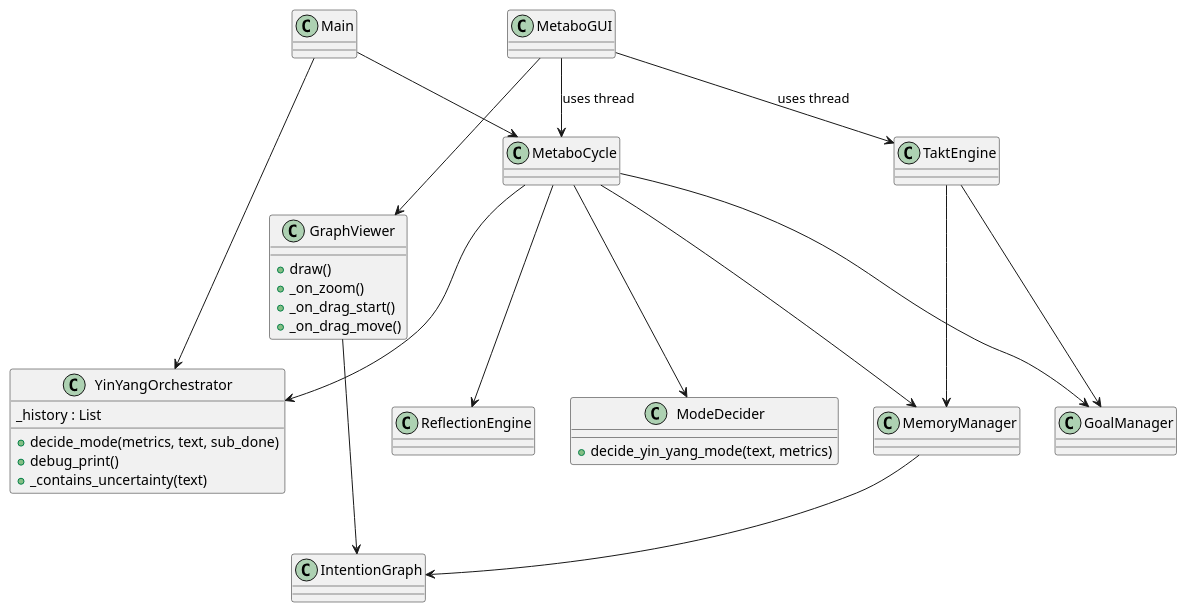
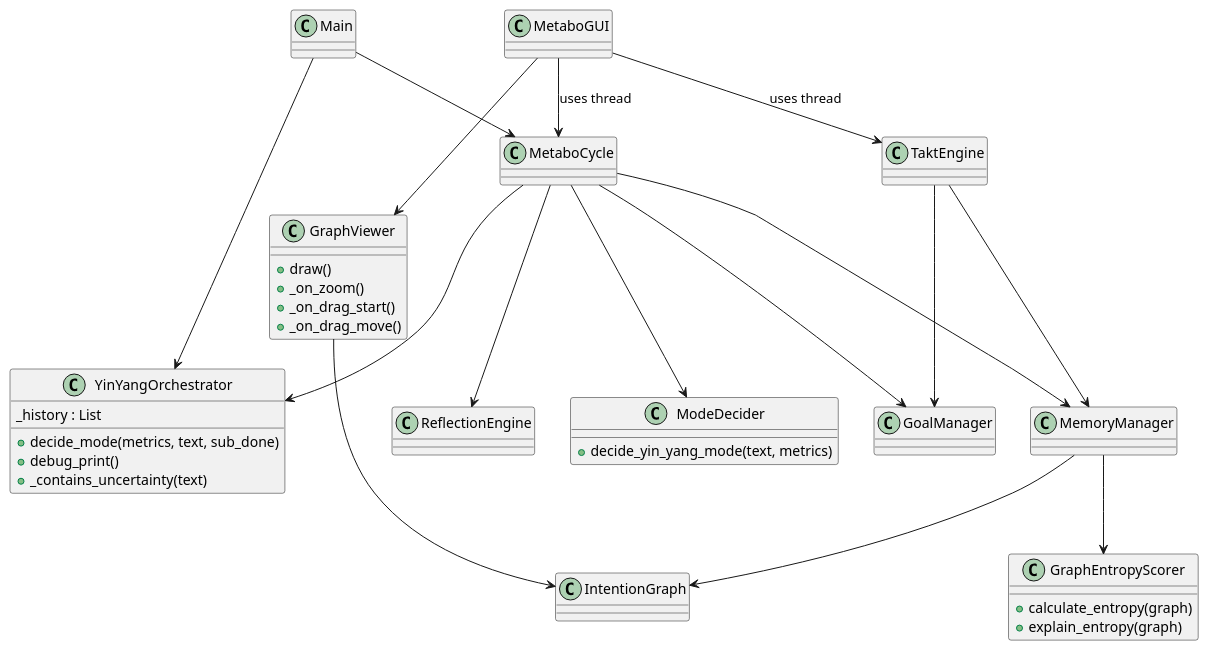
The diagram in doc/diagrams/class_diagram.puml (marcusreimold/MetaboMind), drawn with PlantUML before and after one commit. The commit also changed 5 other files, not shown here.

Commit message:
Add graph entropy scorer module

```diff
--- a/doc/diagrams/class_diagram.puml
+++ b/doc/diagrams/class_diagram.puml
@@ -1,37 +1,41 @@
 @startuml
 '/' Updated after adding requirements.txt
 class Main
 class MetaboCycle
 class GoalManager
 class MemoryManager
 class IntentionGraph
 class ReflectionEngine
 class TaktEngine
 class YinYangOrchestrator
 class ModeDecider
 class MetaboGUI
 class GraphViewer
+class GraphEntropyScorer
 GraphViewer : +draw()
 GraphViewer : +_on_zoom()
 GraphViewer : +_on_drag_start()
 GraphViewer : +_on_drag_move()
+GraphEntropyScorer : +calculate_entropy(graph)
+GraphEntropyScorer : +explain_entropy(graph)
 YinYangOrchestrator : +decide_mode(metrics, text, sub_done)
 YinYangOrchestrator : +debug_print()
 YinYangOrchestrator : _history : List
 YinYangOrchestrator : +_contains_uncertainty(text)
 ModeDecider : +decide_yin_yang_mode(text, metrics)
 Main --> MetaboCycle
 MetaboCycle --> GoalManager
 MetaboCycle --> MemoryManager
 MetaboCycle --> ReflectionEngine
 MetaboCycle --> YinYangOrchestrator
 MetaboCycle --> ModeDecider
 MemoryManager --> IntentionGraph
 TaktEngine --> MemoryManager
 TaktEngine --> GoalManager
 Main --> YinYangOrchestrator
 MetaboGUI --> MetaboCycle : uses thread
 MetaboGUI --> TaktEngine : uses thread
 MetaboGUI --> GraphViewer
+MemoryManager --> GraphEntropyScorer
 GraphViewer --> IntentionGraph
 @enduml
```
